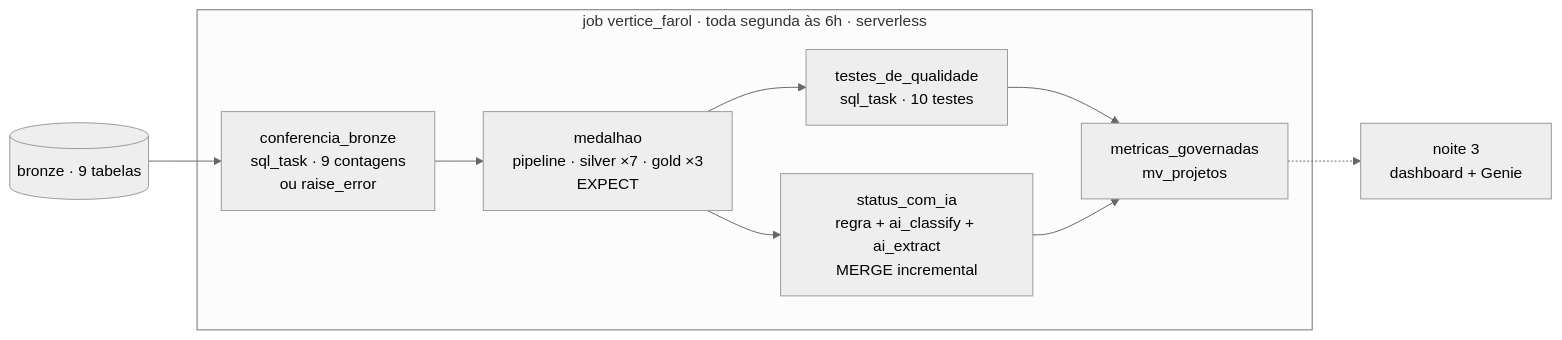
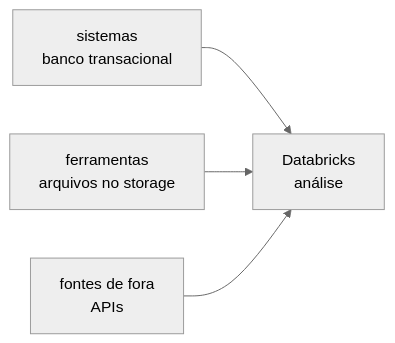
One commit to AugustoKoche-AI/ImersaoControlTower changed the second of 2 diagrams in aulas/aula-02-engenheiro/README.md. Above: the diagram before and after it, drawn with Mermaid (neutral theme). The commit also changed other lines of this file and 7 other files, not shown here.

First line of the commit message:
Noite 2 vira ingestão: a bronze recriada do Supabase (banco + storage) e de uma API

````diff
--- a/aulas/aula-02-engenheiro/README.md
+++ b/aulas/aula-02-engenheiro/README.md
@@ -33,12 +58,6 @@
 ```mermaid
 flowchart LR
-  B[("bronze · 9 tabelas")] --> C
-  subgraph JOB["job vertice_farol · toda segunda às 6h · serverless"]
-    C["conferencia_bronze<br/>sql_task · 9 contagens<br/>ou raise_error"] --> MED["medalhao<br/>pipeline · silver ×7 · gold ×3<br/>EXPECT"]
-    MED --> T["testes_de_qualidade<br/>sql_task · 10 testes"]
-    MED --> IA["status_com_ia<br/>regra + ai_classify + ai_extract<br/>MERGE incremental"]
-    T --> MV["metricas_governadas<br/>mv_projetos"]
-    IA --> MV
-  end
-  MV -.-> N3["noite 3<br/>dashboard + Genie"]
+  S["sistemas<br/>banco transacional"] --> D["Databricks<br/>análise"]
+  F["ferramentas<br/>arquivos no storage"] --> D
+  A["fontes de fora<br/>APIs"] --> D
 ```
````
